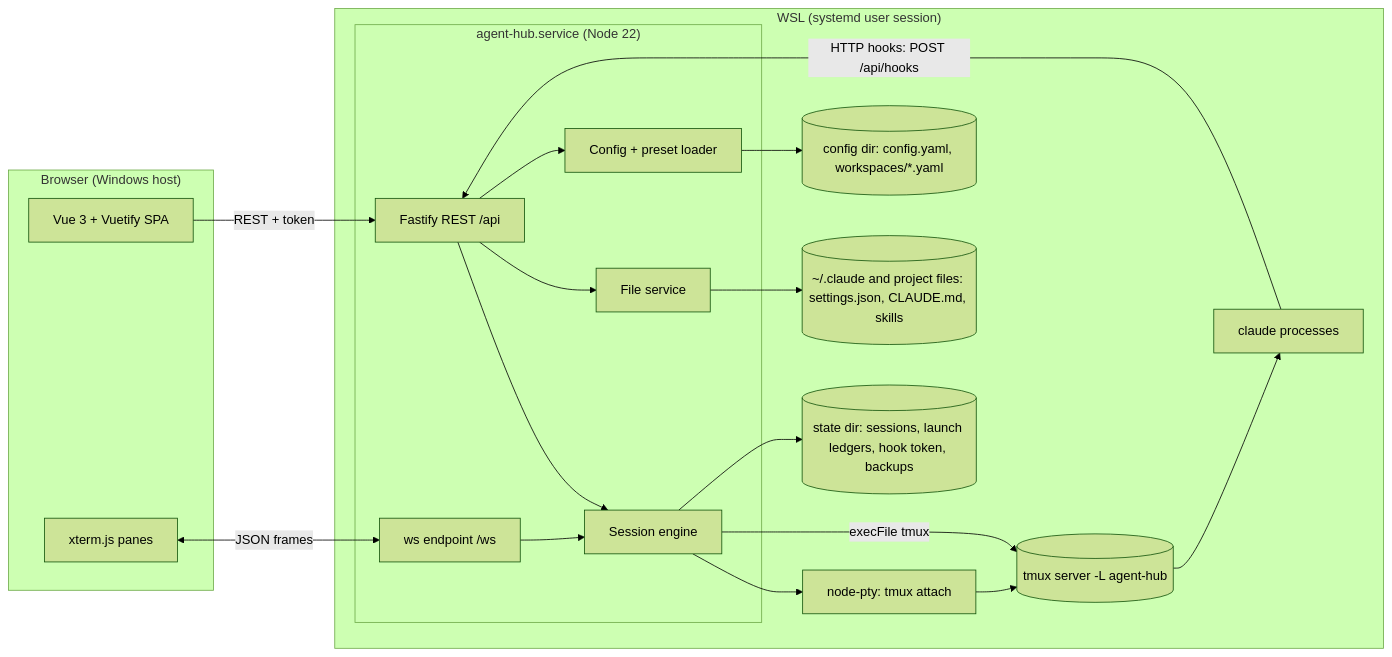
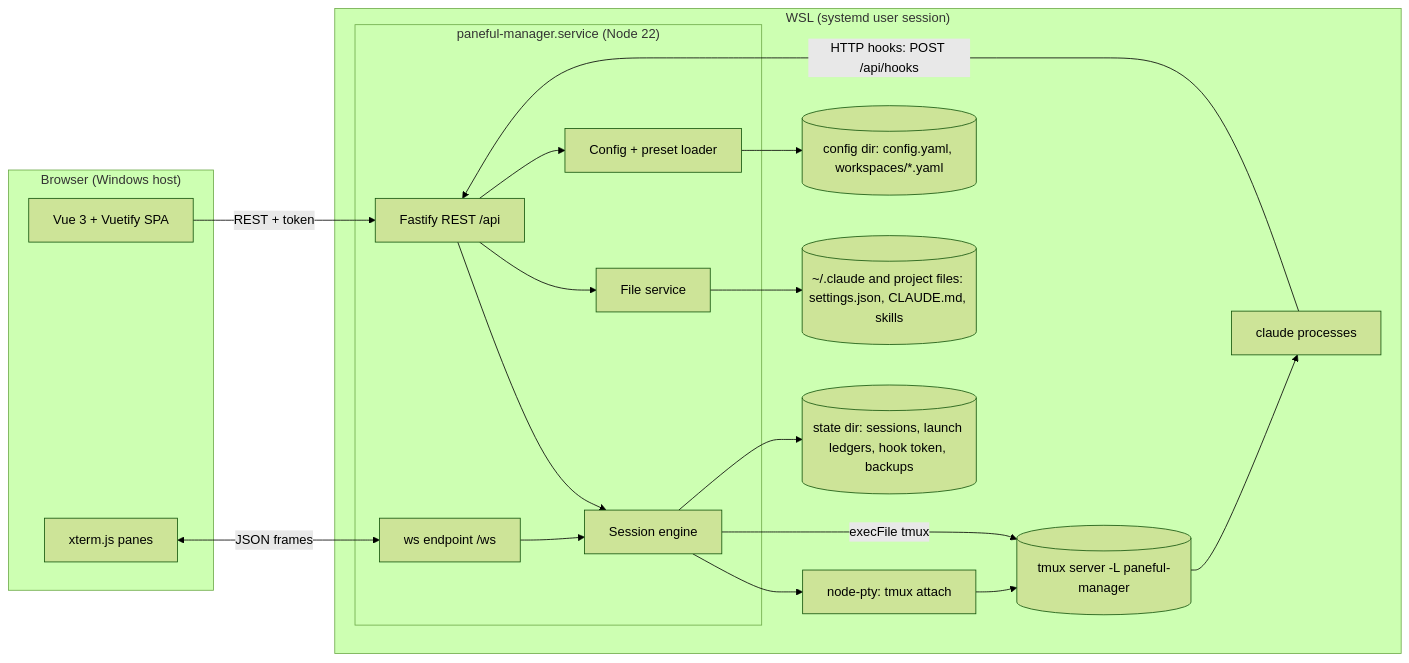
The first of 7 diagrams in docs/architecture.md (Dev-Sebi/Paneful-Manager), drawn with Mermaid (forest theme) before and after one commit. The commit also changed other lines of this file and 42 other files, not shown here.

Commit message:
refactor: renamed agent hub to paneful manager in the docs and examples @1m

````diff
--- a/docs/architecture.md
+++ b/docs/architecture.md
@@ -9,34 +9,34 @@
 ```mermaid
 flowchart LR
   subgraph Browser["Browser (Windows host)"]
     UI[Vue 3 + Vuetify SPA]
     XT[xterm.js panes]
   end
   subgraph WSL["WSL (systemd user session)"]
-    subgraph Server["agent-hub.service (Node 22)"]
+    subgraph Server["paneful-manager.service (Node 22)"]
       HTTP[Fastify REST /api]
       WS[ws endpoint /ws]
       ENG[Session engine]
       FS[File service]
       CFG[Config + preset loader]
     end
     PTY[node-pty: tmux attach]
-    TMUX[("tmux server -L agent-hub")]
+    TMUX[("tmux server -L paneful-manager")]
     CC[claude processes]
     CONF[("config dir: config.yaml, workspaces/*.yaml")]
     STATE[("state dir: sessions, launch ledgers, hook token, backups")]
     CLAUDE[("~/.claude and project files: settings.json, CLAUDE.md, skills")]
   end
   UI -->|"REST + token"| HTTP
   XT <-->|"JSON frames"| WS
   HTTP --> ENG
   WS --> ENG
   HTTP --> FS
   HTTP --> CFG
   ENG --> PTY --> TMUX --> CC
   ENG -->|"execFile tmux"| TMUX
   CFG --> CONF
   ENG --> STATE
   FS --> CLAUDE
   CC -->|"HTTP hooks: POST /api/hooks"| HTTP
 ```
````
